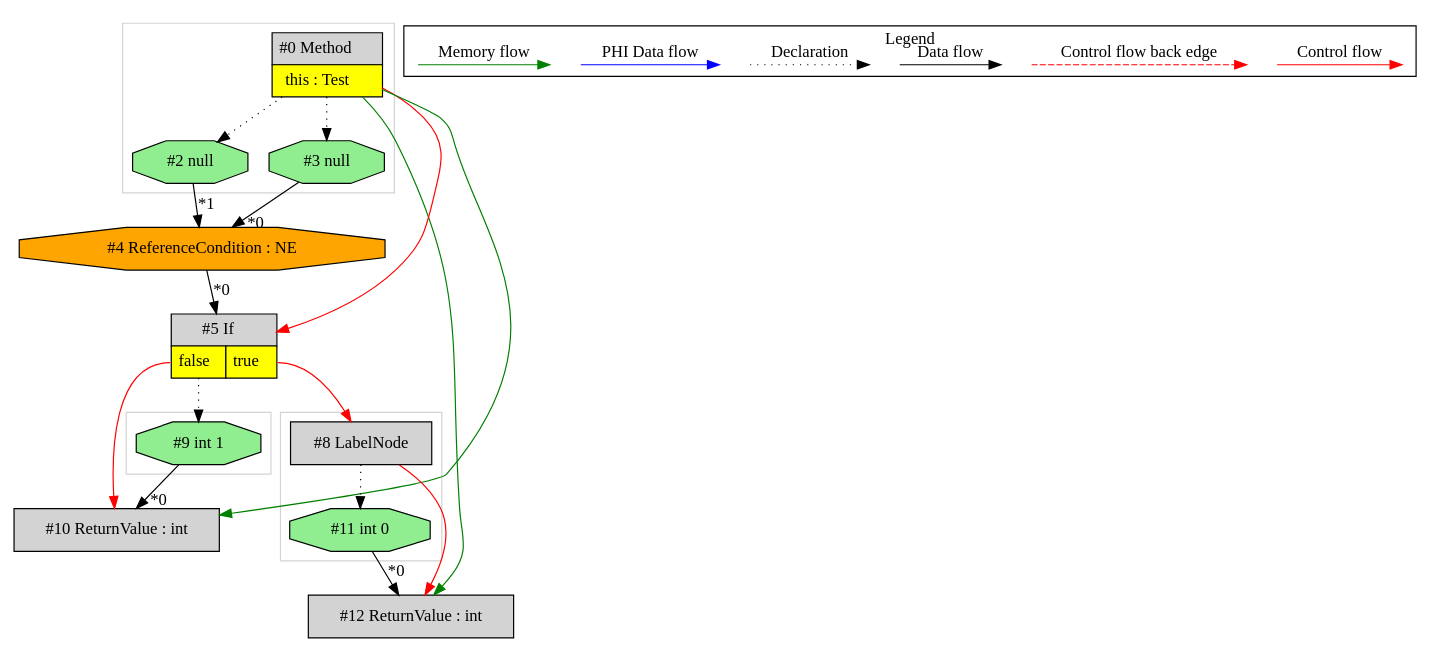
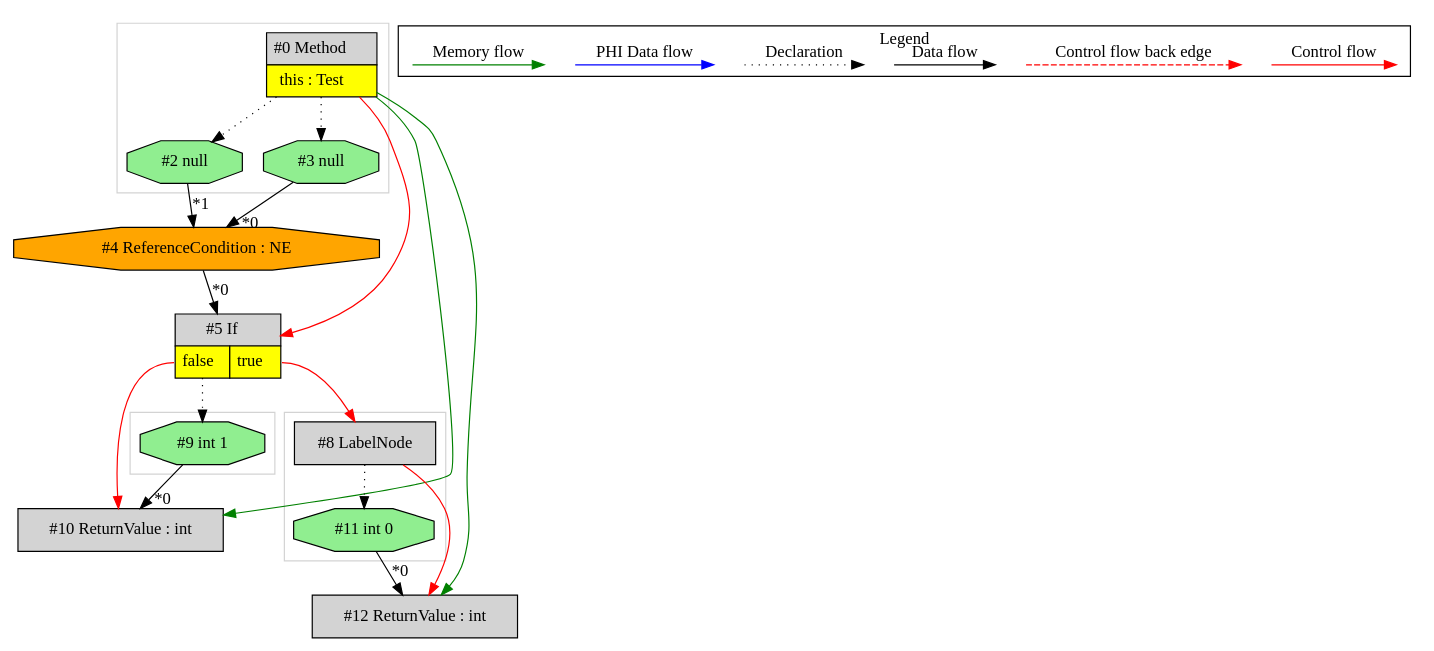
The diagram in de.mirkosertic.metair.ir.OpcodeIFACMPNETest/test_IF_ACMPNE/ir.dot (mirkosertic/MetaIR), drawn with Graphviz before and after one commit. The commit also changed other lines of this file and 1204 other files, not shown here.

```diff
--- a/de.mirkosertic.metair.ir.OpcodeIFACMPNETest/test_IF_ACMPNE/ir.dot
+++ b/de.mirkosertic.metair.ir.OpcodeIFACMPNETest/test_IF_ACMPNE/ir.dot
@@ -1,69 +1,69 @@
 digraph {
  ordering="in";
  node0[margin="0", label=<<table border="0" cellborder="1" cellspacing="0" cellpadding="5"><tr><td colspan="1">#0 Method</td></tr><tr><td port="prj1" bgcolor="yellow">this : Test</td></tr></table>>,shape=none, fillcolor=lightgrey, style=filled];
- node12[label="#12 ReturnValue : int",shape=box, fillcolor=lightgrey, style=filled];
- node11 -> node12[headlabel="*0", labeldistance=2];
- node8 -> node12[labeldistance=2, color=red, fontcolor=red];
- node0 -> node12[labeldistance=2, color=green, constraint=false];
- node8[label="#8 LabelNode",shape=box, fillcolor=lightgrey, style=filled];
- node5:prj6 -> node8[labeldistance=2, color=red, fontcolor=red];
- node5[margin="0", label=<<table border="0" cellborder="1" cellspacing="0" cellpadding="5"><tr><td colspan="2">#5 If</td></tr><tr><td port="prj7" bgcolor="yellow">false</td><td port="prj6" bgcolor="yellow">true</td></tr></table>>,shape=none, fillcolor=lightgrey, style=filled];
- node4 -> node5[headlabel="*0", labeldistance=2];
- node0 -> node5[labeldistance=2, color=red, fontcolor=red];
+ node3[label="#3 null",shape=octagon, fillcolor=lightgreen, style=filled];
+ node0 -> node3[style=dotted];
  node4[label="#4 ReferenceCondition : NE",shape=octagon, fillcolor=orange, style=filled];
  node3 -> node4[headlabel="*0", labeldistance=2];
  node2 -> node4[headlabel="*1", labeldistance=2];
  node2[label="#2 null",shape=octagon, fillcolor=lightgreen, style=filled];
  node0 -> node2[style=dotted];
- node3[label="#3 null",shape=octagon, fillcolor=lightgreen, style=filled];
- node0 -> node3[style=dotted];
+ node5[margin="0", label=<<table border="0" cellborder="1" cellspacing="0" cellpadding="5"><tr><td colspan="2">#5 If</td></tr><tr><td port="prj7" bgcolor="yellow">false</td><td port="prj6" bgcolor="yellow">true</td></tr></table>>,shape=none, fillcolor=lightgrey, style=filled];
+ node4 -> node5[headlabel="*0", labeldistance=2];
+ node0 -> node5[labeldistance=2, color=red, fontcolor=red];
+ node9[label="#9 int 1",shape=octagon, fillcolor=lightgreen, style=filled];
+ node5:prj7 -> node9[style=dotted];
  node10[label="#10 ReturnValue : int",shape=box, fillcolor=lightgrey, style=filled];
  node9 -> node10[headlabel="*0", labeldistance=2];
  node5:prj7 -> node10[labeldistance=2, color=red, fontcolor=red];
  node0 -> node10[labeldistance=2, color=green, constraint=false];
- node9[label="#9 int 1",shape=octagon, fillcolor=lightgreen, style=filled];
- node5:prj7 -> node9[style=dotted];
+ node8[label="#8 LabelNode",shape=box, fillcolor=lightgrey, style=filled];
+ node5:prj6 -> node8[labeldistance=2, color=red, fontcolor=red];
+ node12[label="#12 ReturnValue : int",shape=box, fillcolor=lightgrey, style=filled];
+ node11 -> node12[headlabel="*0", labeldistance=2];
+ node8 -> node12[labeldistance=2, color=red, fontcolor=red];
+ node0 -> node12[labeldistance=2, color=green, constraint=false];
  node11[label="#11 int 0",shape=octagon, fillcolor=lightgreen, style=filled];
  node8 -> node11[style=dotted];
  subgraph cluster_0 {
   color=lightgray;
+  node0;
+  node2;
+  node3;
+ }
+ subgraph cluster_1 {
+  color=lightgray;
   node8;
   node11;
  }
- subgraph cluster_1 {
+ subgraph cluster_2 {
   color=lightgray;
   node9;
- }
- subgraph cluster_2 {
-  color=lightgray;
-  node0;
-  node2;
-  node3;
  }
  subgraph cluster_000 {
   label = "Legend";
   node [shape=point]
   {
    rank=same;
    c0 [style = invis];
    c1 [style = invis];
    c2 [style = invis];
    c3 [style = invis];
    d0 [style = invis];
    d1 [style = invis];
    d2 [style = invis];
    d3 [style = invis];
    d4 [style = invis];
    d5 [style = invis];
    d6 [style = invis];
    d7 [style = invis];
   }
   c0 -> c1 [label="Control flow", style=solid, color=red]
   c2 -> c3 [label="Control flow back edge", style=dashed, color=red]
   d0 -> d1 [label="Data flow"]
   d2 -> d3 [label="Declaration", style=dotted]
   d4 -> d5 [label="PHI Data flow", color=blue]
   d6 -> d7 [label="Memory flow", color=green]
  }
 
 }
```
